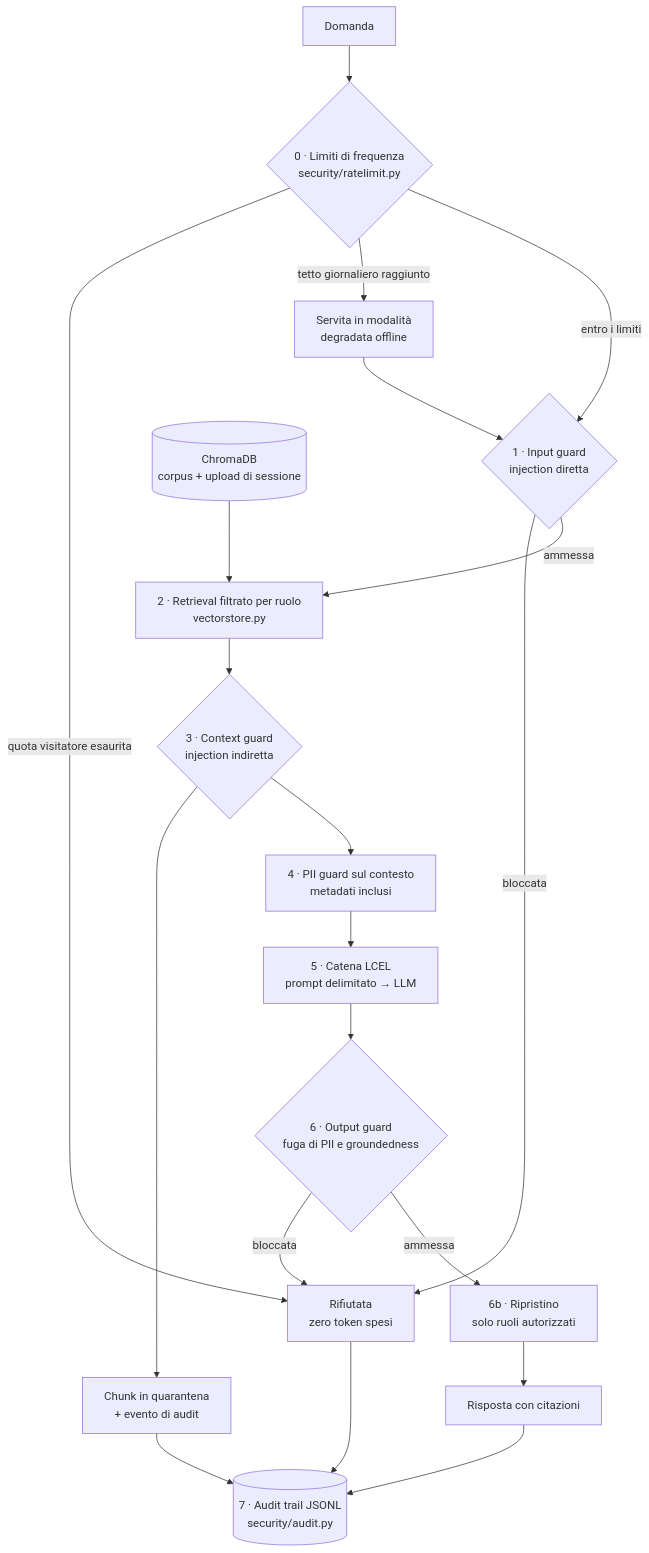
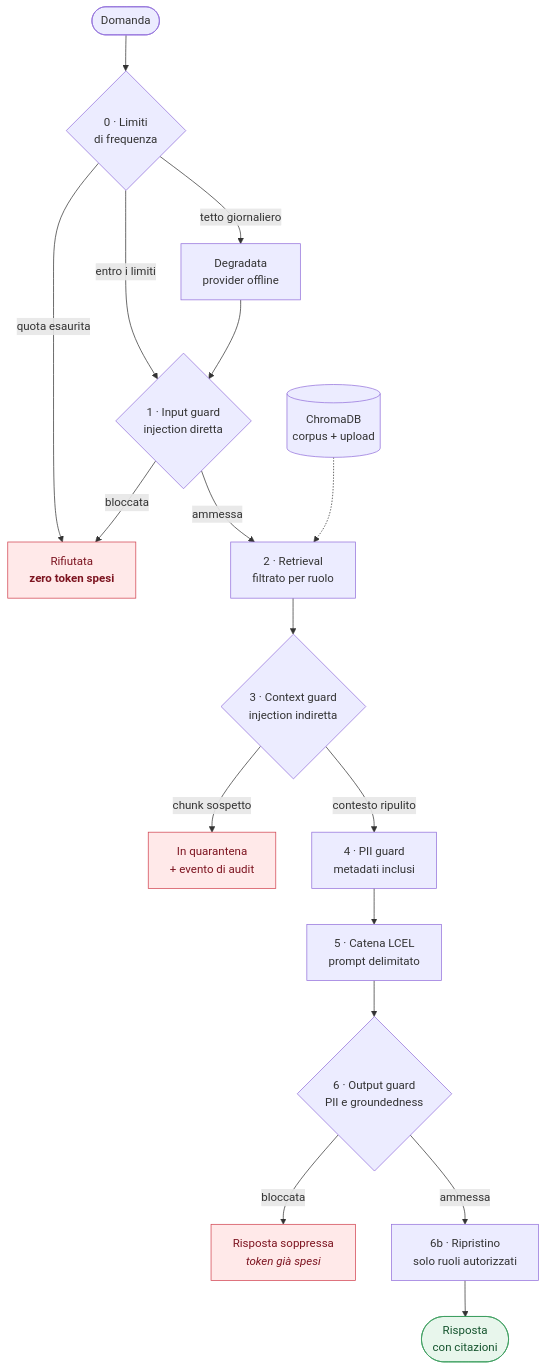
The second of 2 diagrams in docs/ARCHITECTURE.md (filipposemilia/secure-insurance-rag-ai), drawn with Mermaid before and after one commit. The commit also changed other lines of this file and 1 other file, not shown here.

Commit message:
Rende i diagrammi leggibili nel contenitore di GitHub
Erano tutti sintatticamente validi e due erano illeggibili: in flowchart LR
con molti nodi il disegno supera la larghezza della colonna markdown, viene
scalato per rientrare e il testo si riduce a nulla. I flussi lunghi passano
a TB, che cresce in altezza invece che in larghezza.

Il disegno ha reso evidente un errore di contenuto: la freccia bloccata
dell'output guard finiva nello stesso esito zero token spesi del blocco in
ingresso, ma una risposta soppressa in uscita la chiamata l'ha già pagata.
Ora sono due nodi distinti, con colore diverso dagli esiti riusciti.

````diff
--- a/docs/ARCHITECTURE.md
+++ b/docs/ARCHITECTURE.md
@@ -53,26 +53,27 @@
 ```mermaid
 flowchart TB
-    Q[Domanda] --> RL{0 · Limiti di frequenza<br/>security/ratelimit.py}
-    RL -->|quota visitatore esaurita| STOP[Rifiutata<br/>zero token spesi]
-    RL -->|tetto giornaliero raggiunto| DEG[Servita in modalità<br/>degradata offline]
+    Q([Domanda]) --> RL{"0 · Limiti<br/>di frequenza"}
+    RL -->|quota esaurita| NO1["Rifiutata<br/><b>zero token spesi</b>"]
+    RL -->|tetto giornaliero| DEG["Degradata<br/>provider offline"]
     RL -->|entro i limiti| IG
     DEG --> IG
 
-    IG{1 · Input guard<br/>injection diretta} -->|bloccata| STOP
-    IG -->|ammessa| RET[2 · Retrieval filtrato per ruolo<br/>vectorstore.py]
+    IG{"1 · Input guard<br/>injection diretta"} -->|bloccata| NO1
+    IG -->|ammessa| RET["2 · Retrieval<br/>filtrato per ruolo"]
+    DB[("ChromaDB<br/>corpus + upload")] -.-> RET
 
-    DB[(ChromaDB<br/>corpus + upload di sessione)] --> RET
-    RET --> CG{3 · Context guard<br/>injection indiretta}
-    CG --> QUAR[Chunk in quarantena<br/>+ evento di audit]
-    CG --> PII[4 · PII guard sul contesto<br/>metadati inclusi]
+    RET --> CG{"3 · Context guard<br/>injection indiretta"}
+    CG -->|chunk sospetto| QUAR["In quarantena<br/>+ evento di audit"]
+    CG -->|contesto ripulito| PII["4 · PII guard<br/>metadati inclusi"]
 
-    PII --> CH[5 · Catena LCEL<br/>prompt delimitato → LLM]
-    CH --> OG{"6 · Output guard<br/>fuga di PII e groundedness"}
-    OG -->|bloccata| STOP
-    OG -->|ammessa| UNM[6b · Ripristino<br/>solo ruoli autorizzati]
-    UNM --> ANS[Risposta con citazioni]
+    PII --> CH["5 · Catena LCEL<br/>prompt delimitato"]
+    CH --> OG{"6 · Output guard<br/>PII e groundedness"}
+    OG -->|bloccata| NO2["Risposta soppressa<br/><i>token già spesi</i>"]
+    OG -->|ammessa| UNM["6b · Ripristino<br/>solo ruoli autorizzati"]
+    UNM --> ANS(["Risposta<br/>con citazioni"])
 
-    ANS --> AUD[(7 · Audit trail JSONL<br/>security/audit.py)]
-    STOP --> AUD
-    QUAR --> AUD
+    classDef stop fill:#ffe9e9,stroke:#d1424f,color:#7d1420
+    classDef ok fill:#e8f6ec,stroke:#3a9d5d,color:#14532d
+    class NO1,NO2,QUAR stop
+    class ANS ok
 ```
````
